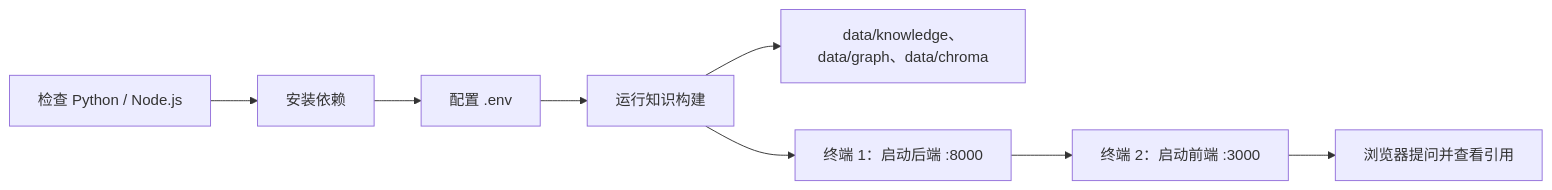
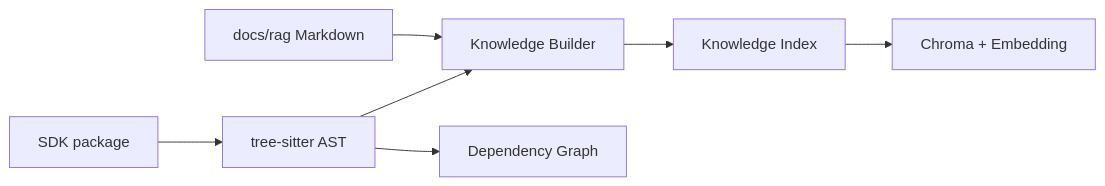
One commit to jonji886/plugin-dev-helper changed the second of 4 diagrams in README.md. Above: the diagram before and after it, drawn with Mermaid. The commit also changed other lines of this file and 44 other files, not shown here.

````diff
--- a/README.md
+++ b/README.md
@@ -107,10 +72,9 @@
 ```mermaid
 flowchart LR
-  A[检查 Python / Node.js] --> B[安装依赖]
-  B --> C[配置 .env]
-  C --> D[运行知识构建]
-  D --> K[data/knowledge、data/graph、data/chroma]
-  D --> E[终端 1：启动后端 :8000]
-  E --> F[终端 2：启动前端 :3000]
-  F --> G[浏览器提问并查看引用]
+  A[SDK package] --> B[tree-sitter AST]
+  D[docs/rag Markdown] --> C[Knowledge Builder]
+  B --> C
+  B --> G[Dependency Graph]
+  C --> J[Knowledge Index]
+  J --> V[Chroma + Embedding]
 ```
````
